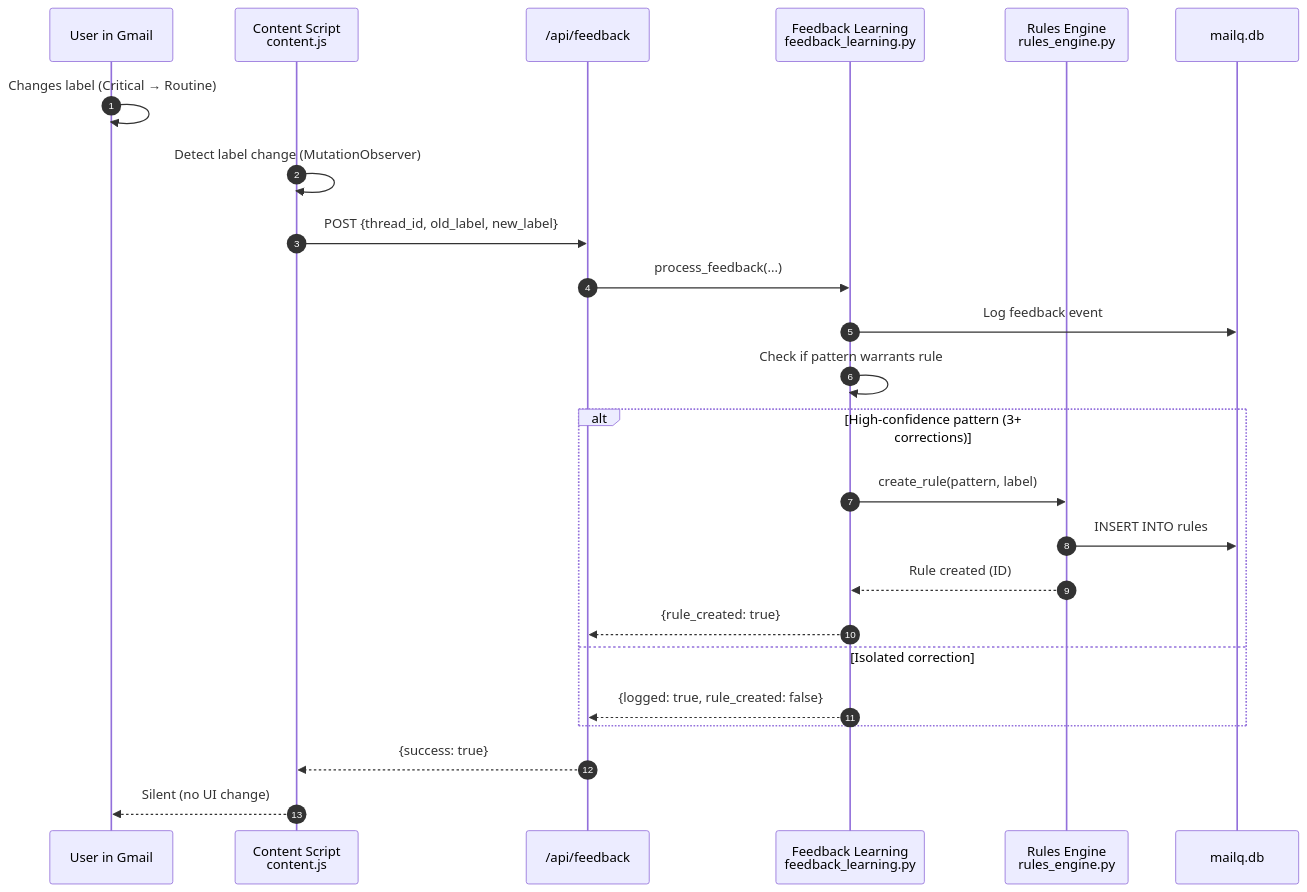
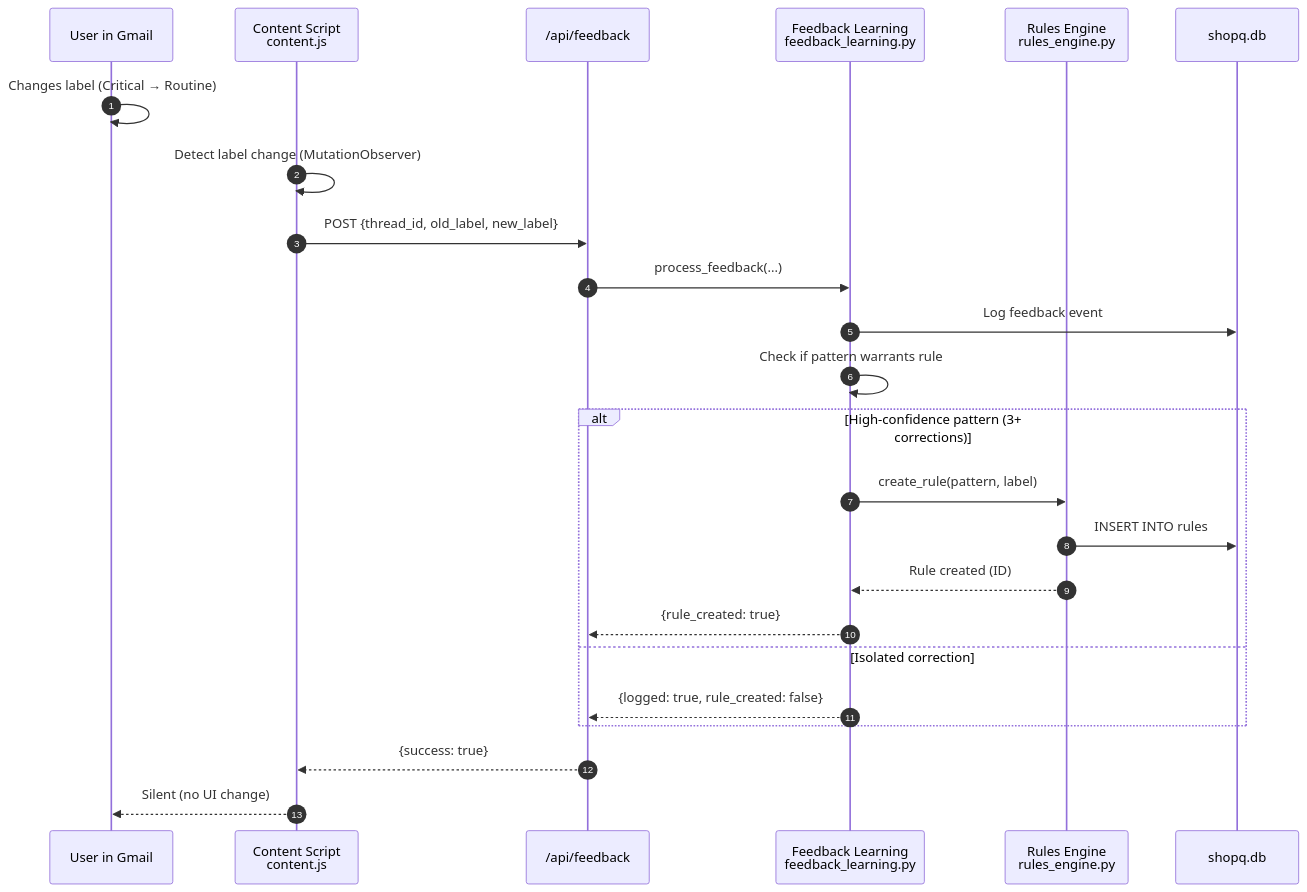
Before and after one commit to jkoufopoulos/shopq-prototype: the diagram in code-graph/visuals/TASK_FLOW_FEEDBACK.md, drawn with Mermaid. The commit also changed other lines of this file and 616 other files, not shown here.

````diff
--- a/code-graph/visuals/TASK_FLOW_FEEDBACK.md
+++ b/code-graph/visuals/TASK_FLOW_FEEDBACK.md
@@ -11,30 +11,30 @@
 ```mermaid
 sequenceDiagram
     autonumber
     participant User as User in Gmail
     participant Content as Content Script<br/>content.js
     participant API as /api/feedback
     participant FeedMgr as Feedback Learning<br/>feedback_learning.py
     participant RulesMgr as Rules Engine<br/>rules_engine.py
-    participant DB as mailq.db
+    participant DB as shopq.db
 
     User->>User: Changes label (Critical → Routine)
     Content->>Content: Detect label change (MutationObserver)
     Content->>API: POST {thread_id, old_label, new_label}
 
     API->>FeedMgr: process_feedback(...)
     FeedMgr->>DB: Log feedback event
     FeedMgr->>FeedMgr: Check if pattern warrants rule
 
     alt High-confidence pattern (3+ corrections)
         FeedMgr->>RulesMgr: create_rule(pattern, label)
         RulesMgr->>DB: INSERT INTO rules
         RulesMgr-->>FeedMgr: Rule created (ID)
         FeedMgr-->>API: {rule_created: true}
     else Isolated correction
         FeedMgr-->>API: {logged: true, rule_created: false}
     end
 
     API-->>Content: {success: true}
     Content-->>User: Silent (no UI change)
 ```
````
